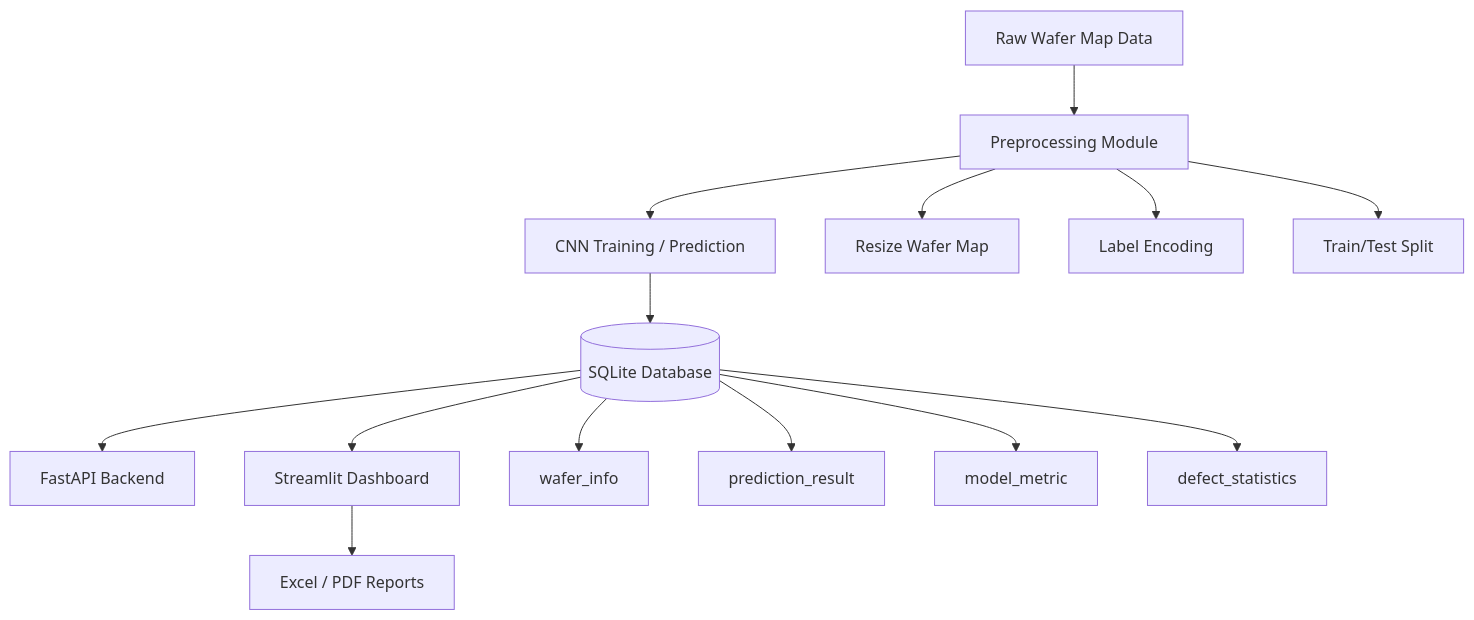
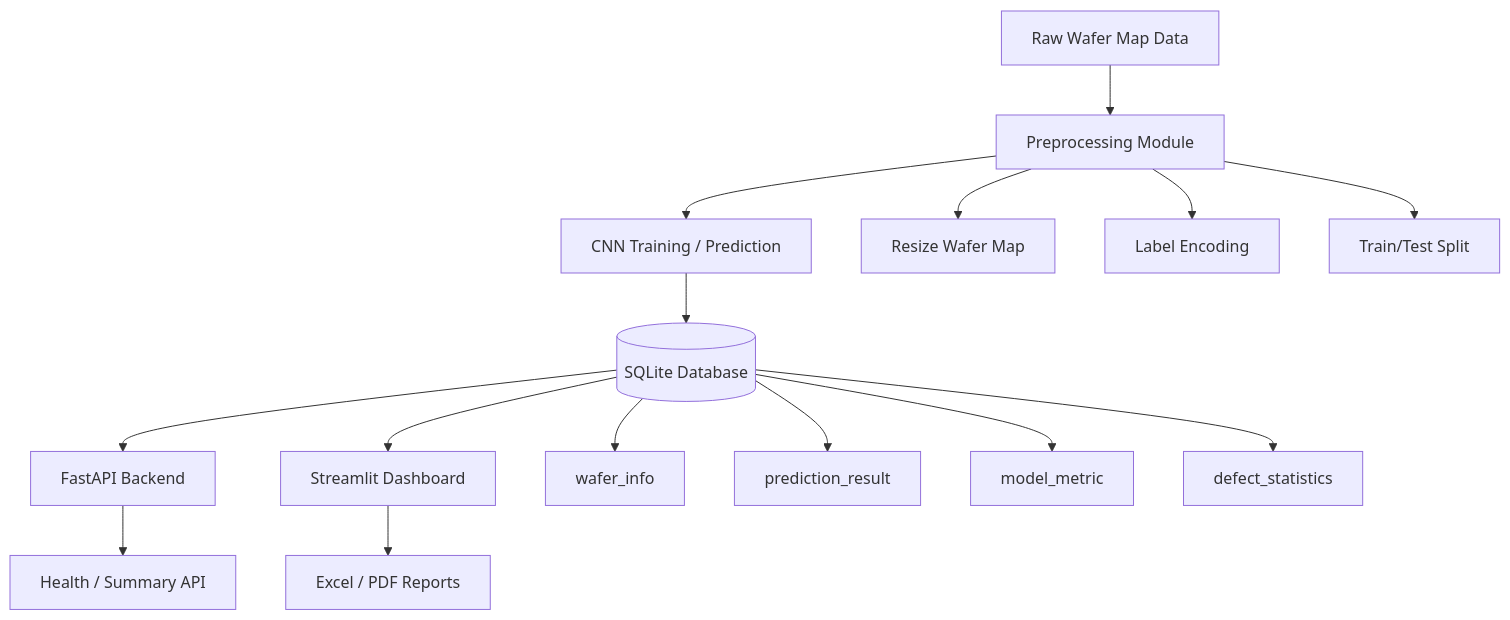
The first of 2 diagrams in docs/architecture.md (Choi890/wafer-defect-analysis-system), drawn with Mermaid before and after one commit. The commit also changed other lines of this file and 13 other files, not shown here.

````diff
--- a/docs/architecture.md
+++ b/docs/architecture.md
@@ -3,18 +3,19 @@
 ```mermaid
 flowchart TD
     A[Raw Wafer Map Data] --> B[Preprocessing Module]
     B --> C[CNN Training / Prediction]
     C --> D[(SQLite Database)]
     D --> E[FastAPI Backend]
     D --> F[Streamlit Dashboard]
     F --> G[Excel / PDF Reports]
+    E --> H[Health / Summary API]
 
     B --> B1[Resize Wafer Map]
     B --> B2[Label Encoding]
     B --> B3[Train/Test Split]
 
     D --> D1[wafer_info]
     D --> D2[prediction_result]
     D --> D3[model_metric]
     D --> D4[defect_statistics]
 ```
````
